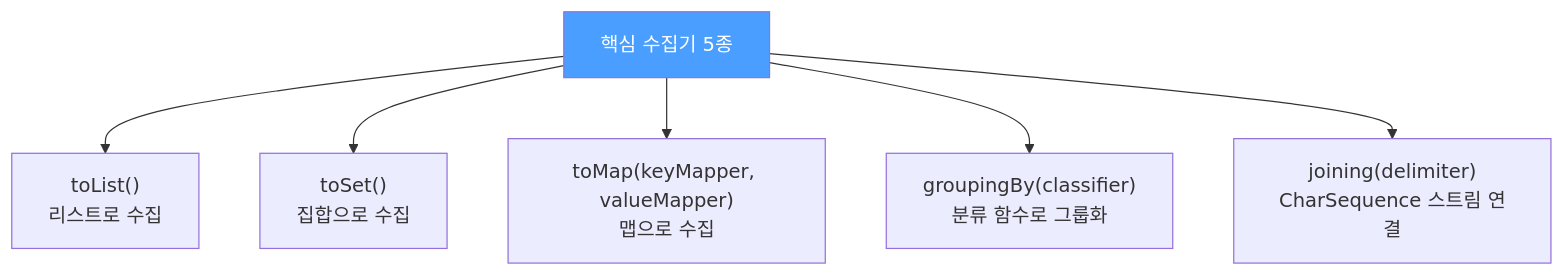
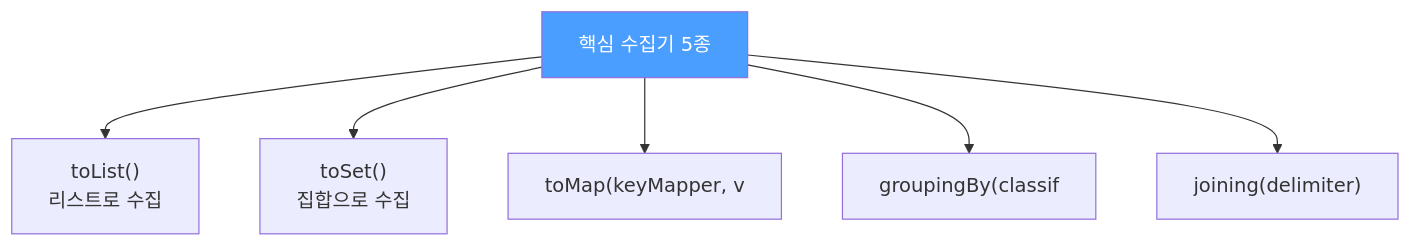
Before and after one commit to yjkim2015/yjkim2015.github.io: the diagram in _posts/java/2022-01-23-effective-java46.md, drawn with Mermaid. The commit also changed 271 other files, not shown here.

First line of the commit message:
Mermaid 라벨 축소: 긴 노드 텍스트 18자 이하로 트림 + \n 제거

````diff
--- a/_posts/java/2022-01-23-effective-java46.md
+++ b/_posts/java/2022-01-23-effective-java46.md
@@ -45,9 +45,9 @@
 ```mermaid
 graph TD
     A["핵심 수집기 5종"] --> B["toList()\n리스트로 수집"]
     A --> C["toSet()\n집합으로 수집"]
-    A --> D["toMap(keyMapper, valueMapper)\n맵으로 수집"]
-    A --> E["groupingBy(classifier)\n분류 함수로 그룹화"]
-    A --> F["joining(delimiter)\nCharSequence 스트림 연결"]
+    A --> D["toMap(keyMapper, v"]
+    A --> E["groupingBy(classif"]
+    A --> F["joining(delimiter)"]
     style A fill:#4a9eff,color:#fff
 ```
````
